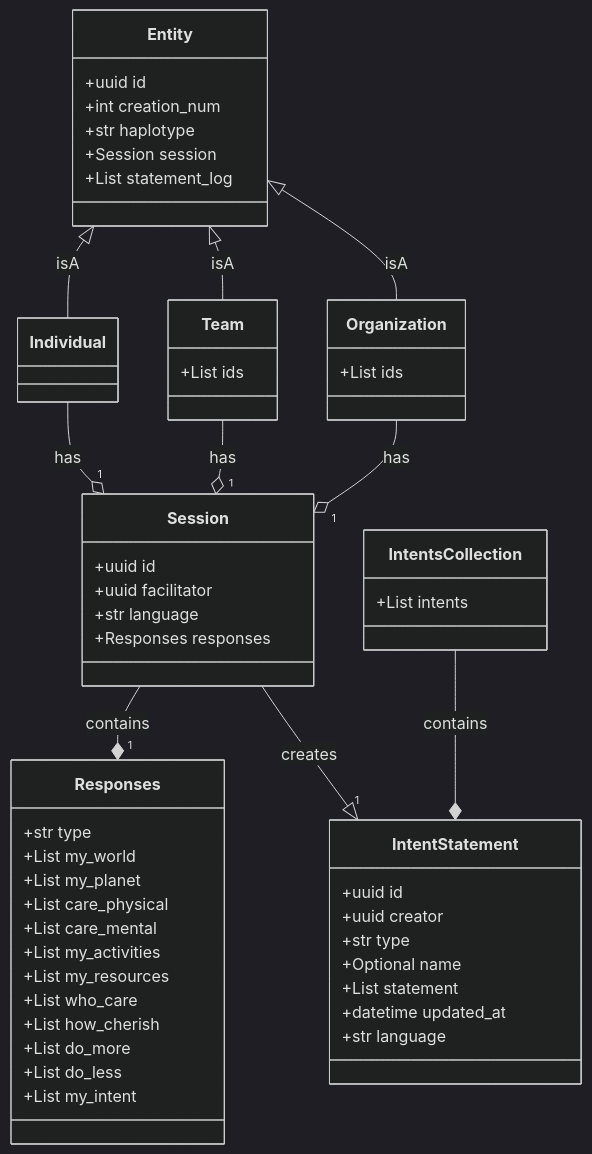
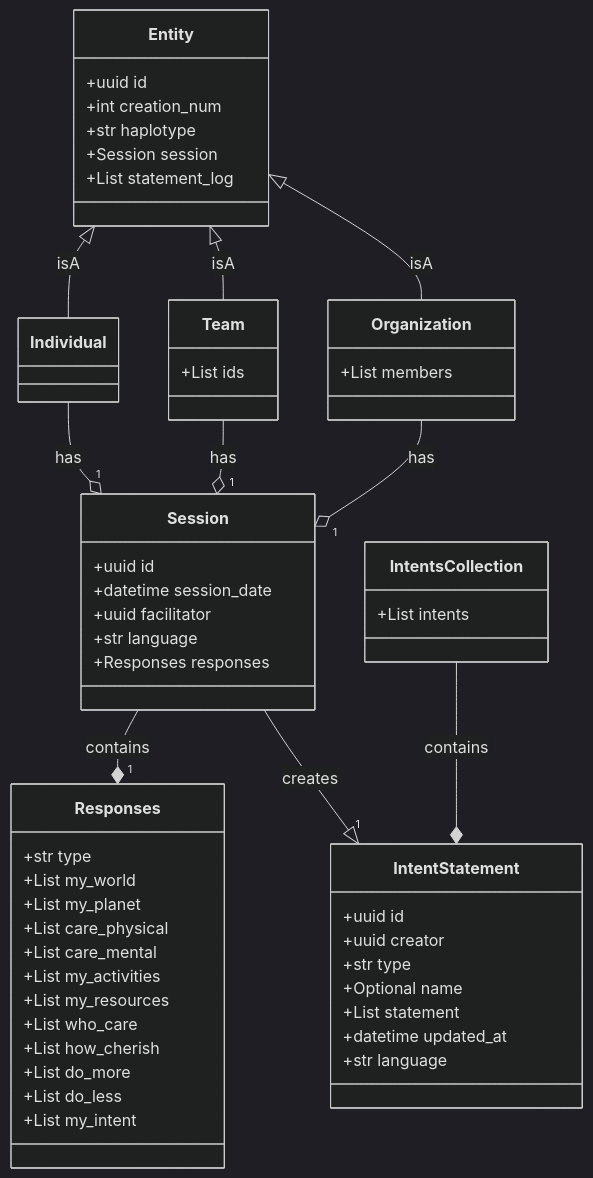
The diagram in docs/data_models.md (drew-wks/intent-for-the-planet), drawn with Mermaid (dark theme) before and after one commit. The commit also changed 2 other files, not shown here.

Commit message:
updartes to the dat model and diagram

````diff
--- a/docs/data_models.md
+++ b/docs/data_models.md
@@ -5,60 +5,61 @@
 ```mermaid
 classDiagram
     class Entity {
         +uuid id
         +int creation_num
         +str haplotype
         +Session session
         +List statement_log
     }
     class Individual {
     }
     class Team {
         +List ids
     }
     class Organization {
-        +List ids
+        +List members
     }
     class Session {
         +uuid id
+        +datetime session_date
         +uuid facilitator
         +str language
         +Responses responses
     }
     class Responses {
         +str type
         +List my_world
         +List my_planet
         +List care_physical
         +List care_mental
         +List my_activities
         +List my_resources
         +List who_care
         +List how_cherish
         +List do_more
         +List do_less
         +List my_intent
     }
     class IntentStatement {
         +uuid id
         +uuid creator
         +str type
         +Optional name
         +List statement
         +datetime updated_at
         +str language
     }
     class IntentsCollection {
         +List intents
     }
     IntentsCollection --* IntentStatement : contains
     Session --* "1" Responses : contains
     Entity <|-- Individual : isA
     Entity <|-- Team : isA
     Entity <|-- Organization : isA
     Session--|> "1" IntentStatement : creates
     Individual --o "1" Session : has
     Team --o "1" Session : has
     Organization --o "1" Session : has
 
 ```
````
